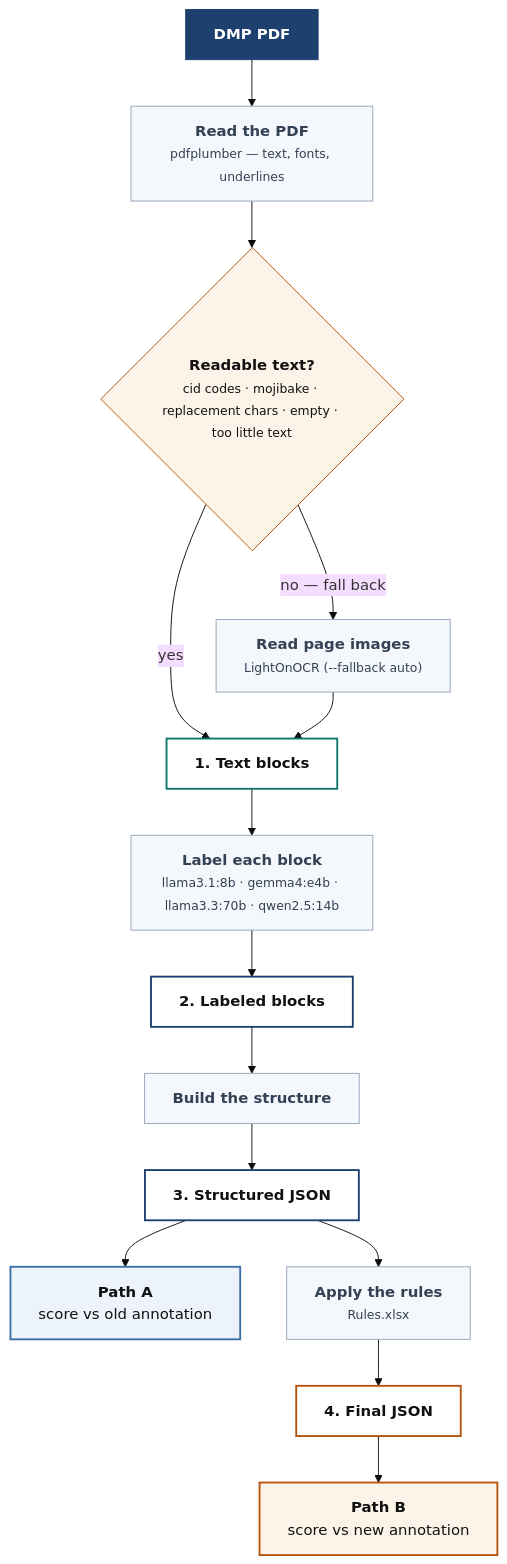
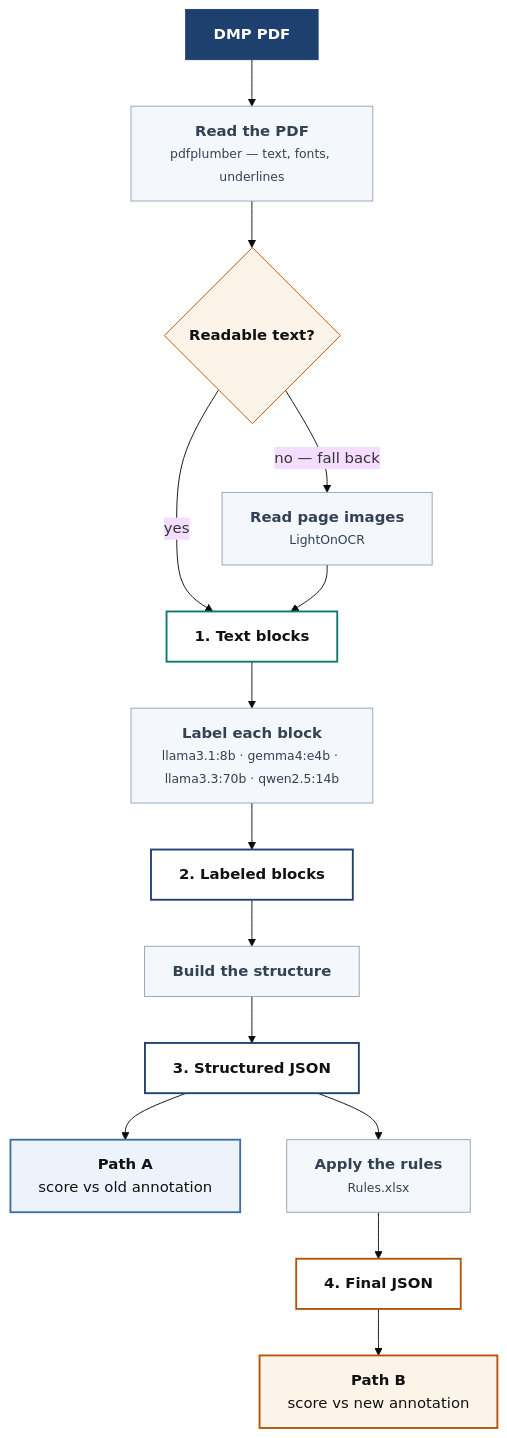
The diagram in README.md (fairdataihub/dmpbridge), drawn with Mermaid (base theme) before and after one commit. The commit also changed 1 other file, not shown here.

Commit message:
Refine pipeline flowchart by simplifying readability check descriptions

````diff
--- a/README.md
+++ b/README.md
@@ -16,37 +16,37 @@
 ```mermaid
 flowchart TD
     PDF["<b>DMP PDF</b>"]
 
     PDF --> READ["<b>Read the PDF</b><br/><small>pdfplumber — text, fonts, underlines</small>"]
-    READ --> CHECK{"<b>Readable text?</b><br/><small>cid codes · mojibake · replacement chars · empty · too little text</small>"}
+    READ --> CHECK{"<b>Readable text?</b>"}
     CHECK -- yes --> S1["<b>1. Text blocks</b>"]
-    CHECK -- "no — fall back" --> OCR["<b>Read page images</b><br/><small>LightOnOCR (--fallback auto)</small>"]
+    CHECK -- "no — fall back" --> OCR["<b>Read page images</b><br/><small>LightOnOCR</small>"]
     OCR --> S1
     S1 --> LABEL["<b>Label each block</b><br/><small>llama3.1:8b · gemma4:e4b · llama3.3:70b · qwen2.5:14b</small>"]
     LABEL --> S2["<b>2. Labeled blocks</b>"]
     S2 --> BUILD["<b>Build the structure</b>"]
     BUILD --> S3["<b>3. Structured JSON</b>"]
 
     S3 --> PATHA["<b>Path A</b><br/>score vs old annotation"]
     S3 --> RULES["<b>Apply the rules</b><br/><small>Rules.xlsx</small>"]
     RULES --> S4["<b>4. Final JSON</b>"]
     S4 --> PATHB["<b>Path B</b><br/>score vs new annotation"]
 
     classDef input  fill:#1E406E,stroke:#1E406E,color:#ffffff
     classDef step   fill:#F4F7FB,stroke:#94A3B8,stroke-width:1px,color:#334155
     classDef cached fill:#ffffff,stroke:#0F766E,stroke-width:2px,color:#111
     classDef data   fill:#ffffff,stroke:#1E406E,stroke-width:2px,color:#111
     classDef rules  fill:#ffffff,stroke:#B45309,stroke-width:2px,color:#111
     classDef pathA  fill:#EDF3FA,stroke:#3C6FA8,stroke-width:2px,color:#111
     classDef pathB  fill:#FDF4E9,stroke:#B45309,stroke-width:2px,color:#111
     classDef check  fill:#FDF4E9,stroke:#B45309,stroke-width:1px,color:#111
 
     class PDF input
     class READ,LABEL,BUILD,RULES,OCR step
     class CHECK check
     class S1 cached
     class S2,S3 data
     class S4 rules
     class PATHA pathA
     class PATHB pathB
 ```
````
